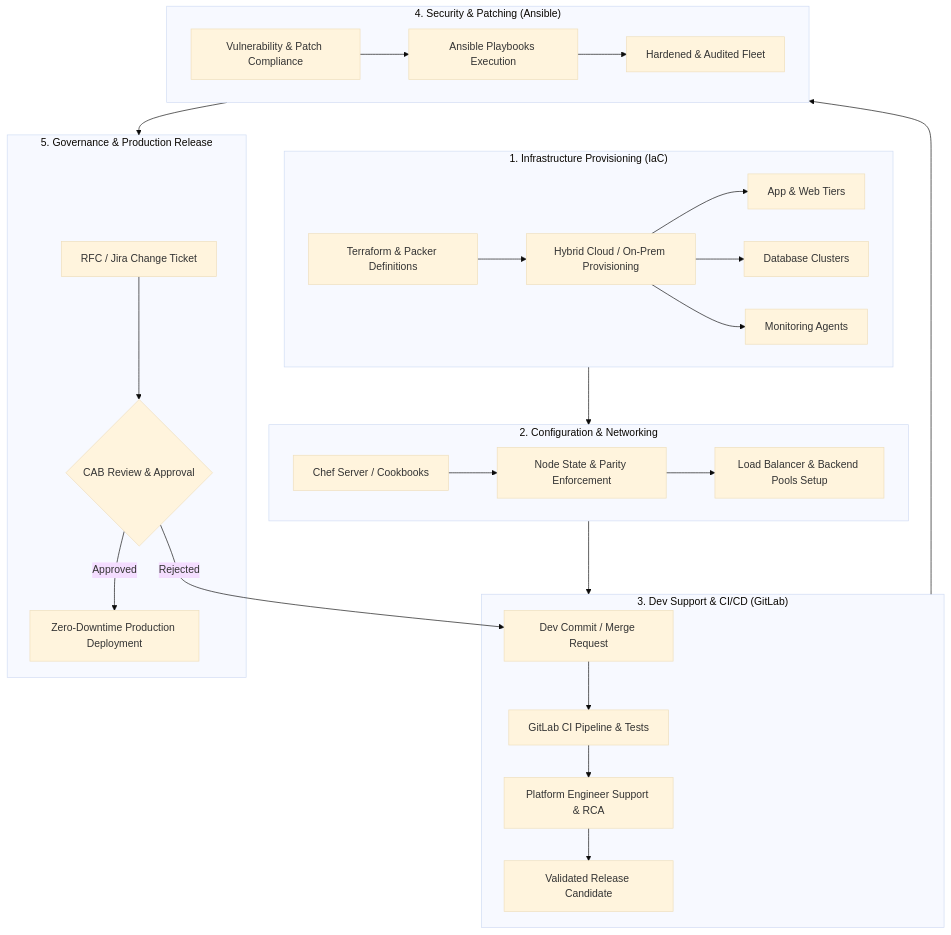
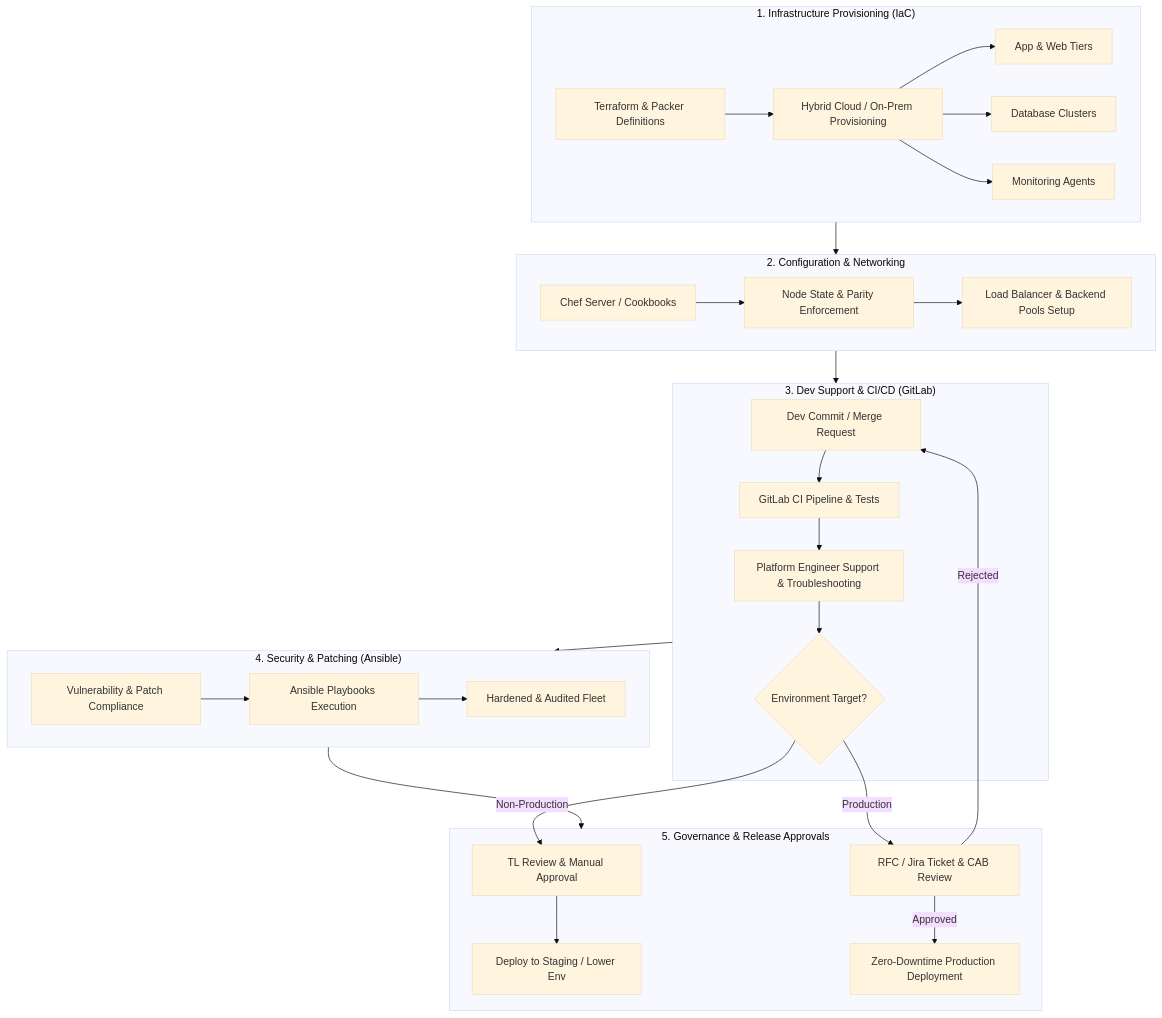
One commit to ejpinangog/ejpinangog.github.io changed the eighth of 8 diagrams in docs/index.md. Above: the diagram before and after it, drawn with Mermaid (base theme). The commit also changed other lines of this file, not shown here.

Commit message:
add mermaid architecture

````diff
--- a/docs/index.md
+++ b/docs/index.md
@@ -103,37 +109,39 @@
 ```mermaid
 flowchart TD
     subgraph P1 ["1. Infrastructure Provisioning (IaC)"]
         A1[Terraform & Packer Definitions] --> A2[Hybrid Cloud / On-Prem Provisioning]
         A2 --> A3[App & Web Tiers]
         A2 --> A4[Database Clusters]
         A2 --> A5[Monitoring Agents]
     end
 
     subgraph P2 ["2. Configuration & Networking"]
         B1[Chef Server / Cookbooks] --> B2[Node State & Parity Enforcement]
         B2 --> B3[Load Balancer & Backend Pools Setup]
     end
 
     subgraph P3 ["3. Dev Support & CI/CD (GitLab)"]
         C1[Dev Commit / Merge Request] --> C2[GitLab CI Pipeline & Tests]
-        C2 --> C3[Platform Engineer Support & RCA]
-        C3 --> C4[Validated Release Candidate]
+        C2 --> C3[Platform Engineer Support & Troubleshooting]
+        C3 --> C4{Environment Target?}
     end
 
     subgraph P4 ["4. Security & Patching (Ansible)"]
         D1[Vulnerability & Patch Compliance] --> D2[Ansible Playbooks Execution]
         D2 --> D3[Hardened & Audited Fleet]
     end
 
-    subgraph P5 ["5. Governance & Production Release"]
-        E1[RFC / Jira Change Ticket] --> E2{CAB Review & Approval}
-        E2 -->|Approved| E3[Zero-Downtime Production Deployment]
+    subgraph P5 ["5. Governance & Release Approvals"]
+        C4 -->|Non-Production| E1[TL Review & Manual Approval]
+        C4 -->|Production| E2[RFC / Jira Ticket & CAB Review]
+        E1 --> E3[Deploy to Staging / Lower Env]
+        E2 -->|Approved| E4[Zero-Downtime Production Deployment]
         E2 -->|Rejected| C1
     end
 
     %% Flujo entre fases
     P1 --> P2
     P2 --> P3
     P3 --> P4
     P4 --> P5
 ```
````
